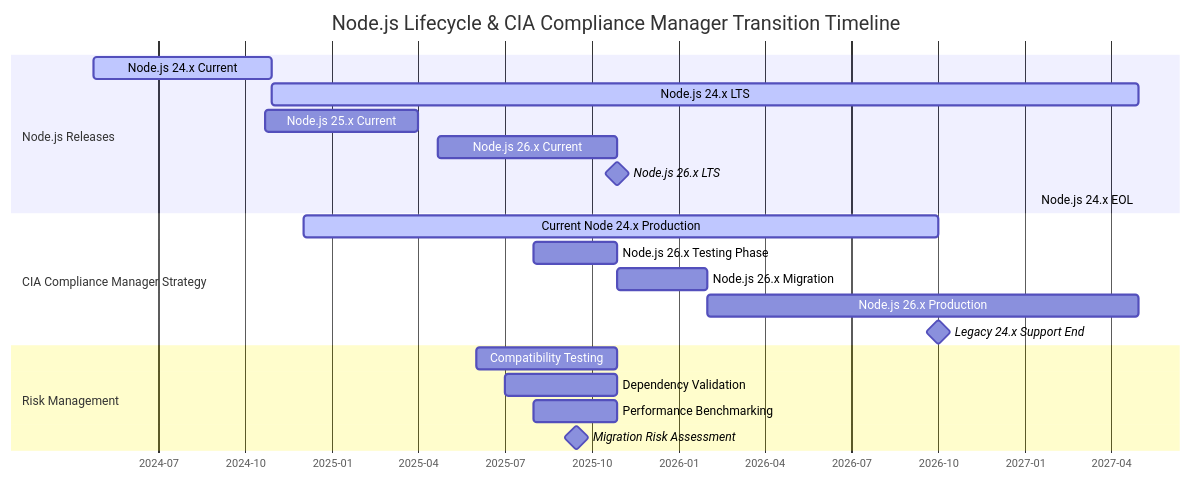
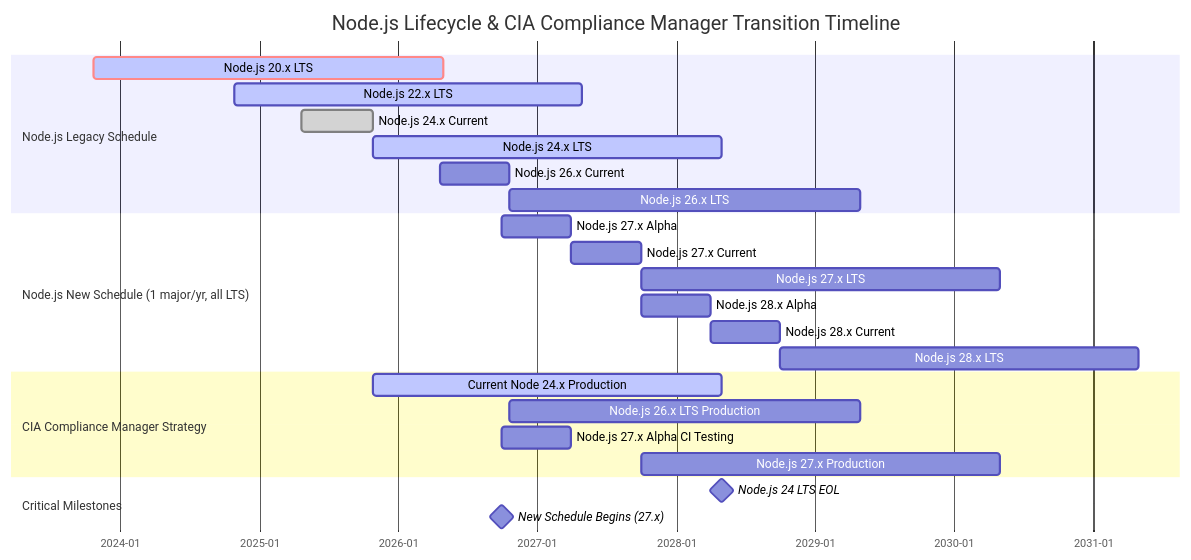
The second of 9 diagrams in docs/End-of-Life-Strategy.md (Hack23/cia-compliance-manager), drawn with Mermaid before and after one commit. The commit also changed other lines of this file and 4 other files, not shown here.

First line of the commit message:
docs: Update End-of-Life-Strategy.md with new Node.js release schedule, ISMS alignment, and Node 24 standardization (#1006)

````diff
--- a/docs/End-of-Life-Strategy.md
+++ b/docs/End-of-Life-Strategy.md
@@ -188,27 +170,32 @@
 ```mermaid
 gantt
     title Node.js Lifecycle & CIA Compliance Manager Transition Timeline
     dateFormat YYYY-MM-DD
     axisFormat %Y-%m
 
-    section Node.js Releases
-    Node.js 24.x Current    :active, node24, 2024-04-24, 2024-10-29
-    Node.js 24.x LTS        :active, node24lts, 2024-10-29, 2027-04-30
-    Node.js 25.x Current    :node25, 2024-10-22, 2025-04-01
-    Node.js 26.x Current    :node26, 2025-04-22, 2025-10-28
-    Node.js 26.x LTS        :milestone, node26lts, 2025-10-28, 0d
-    Node.js 24.x EOL        :crit, node24eol, 2027-04-30, 0d
+    section Node.js Legacy Schedule
+    Node.js 20.x LTS           :crit, active, node20lts, 2023-10-24, 2026-04-30
+    Node.js 22.x LTS           :active, node22lts, 2024-10-29, 2027-04-30
+    Node.js 24.x Current       :done, node24cur, 2025-04-22, 2025-10-28
+    Node.js 24.x LTS           :active, node24lts, 2025-10-28, 2028-04-30
+    Node.js 26.x Current       :node26cur, 2026-04-21, 2026-10-20
+    Node.js 26.x LTS           :node26lts, 2026-10-20, 2029-04-30
+
+    section Node.js New Schedule (1 major/yr, all LTS)
+    Node.js 27.x Alpha         :node27a, 2026-10-01, 2027-03-31
+    Node.js 27.x Current       :node27cur, 2027-04-01, 2027-10-01
+    Node.js 27.x LTS           :node27lts, 2027-10-01, 2030-04-30
+    Node.js 28.x Alpha         :node28a, 2027-10-01, 2028-03-31
+    Node.js 28.x Current       :node28cur, 2028-04-01, 2028-10-01
+    Node.js 28.x LTS           :node28lts, 2028-10-01, 2031-04-30
 
     section CIA Compliance Manager Strategy
-    Current Node 24.x Production :active, cm24prod, 2024-12-01, 2026-10-01
-    Node.js 26.x Testing Phase   :cm26test, 2025-08-01, 2025-10-28
-    Node.js 26.x Migration       :cm26mig, 2025-10-28, 2026-01-31
-    Node.js 26.x Production      :prod26, 2026-01-31, 2027-04-30
-    Legacy 24.x Support End      :milestone, legacy24end, 2026-10-01, 0d
+    Current Node 24.x Production :active, cm24prod, 2025-10-28, 2028-04-30
+    Node.js 26.x LTS Production  :cm26prod, 2026-10-20, 2029-04-30
+    Node.js 27.x Alpha CI Testing:cm27alpha, 2026-10-01, 2027-04-01
+    Node.js 27.x Production      :cm27prod, 2027-10-01, 2030-04-30
 
-    section Risk Management
-    Compatibility Testing       :compat, 2025-06-01, 2025-10-28
-    Dependency Validation       :deps, 2025-07-01, 2025-10-28
-    Performance Benchmarking    :perf, 2025-08-01, 2025-10-28
-    Migration Risk Assessment    :milestone, riskassess, 2025-09-15, 0d
+    section Critical Milestones
+    Node.js 24 LTS EOL          :milestone, node24eol, 2028-04-30, 0d
+    New Schedule Begins (27.x)  :milestone, newschedule, 2026-10-01, 0d
 ```
````
